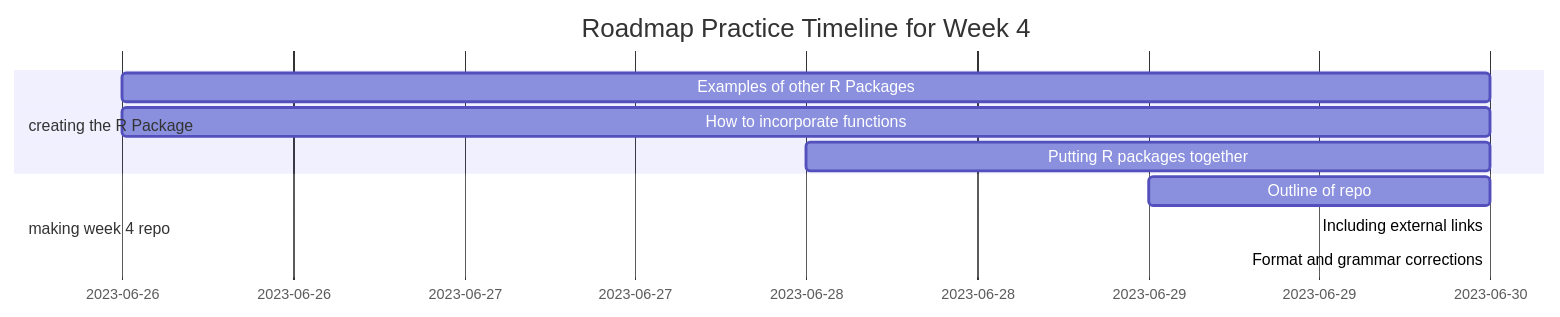
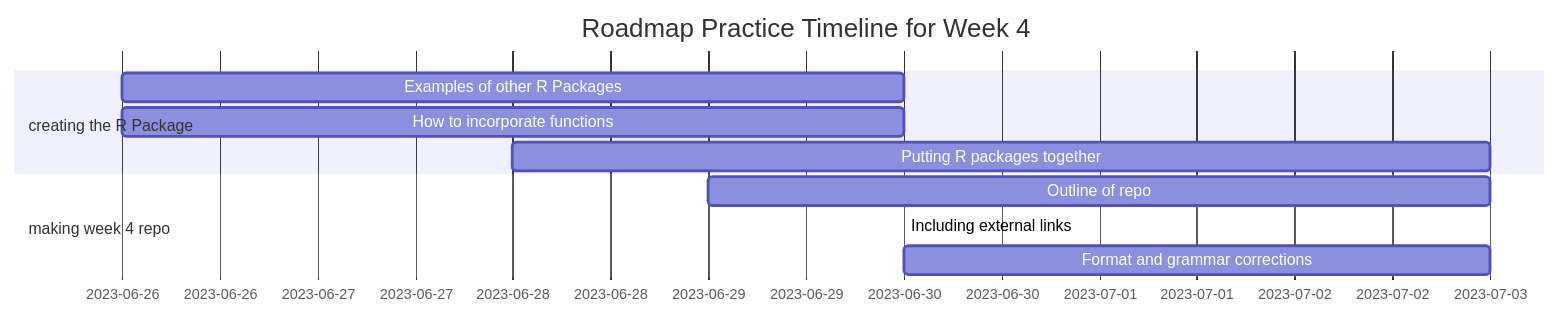
The diagram in README.md (hsherrod2019/Week4RepoReal), drawn with Mermaid before and after one commit.

Commit message:
Updating roadmap

````diff
--- a/README.md
+++ b/README.md
@@ -83,13 +83,13 @@
 ```mermaid
 gantt
     title Roadmap Practice Timeline for Week 4
     dateFormat  YYYY-MM-DD
     section creating the R Package
     Examples of other R Packages                :2023-06-26,                             2023-06-30
     How to incorporate functions                :2023-06-26,                             2023-06-30
-    Putting R packages together                               :2023-06-28,               2023-06-30
+    Putting R packages together                               :2023-06-28,               2023-07-03
     section making week 4 repo
-    Outline of repo                                                         :2023-06-29, 2023-06-30
+    Outline of repo                                                         :2023-06-29, 2023-07-03
     Including external links                                                            :2023-06-30,    2023-06-30
-    Format and grammar corrections                                                      :2023-06-30,    2023-06-30
+    Format and grammar corrections                                                      :2023-06-30,    2023-07-03
 ```
````
